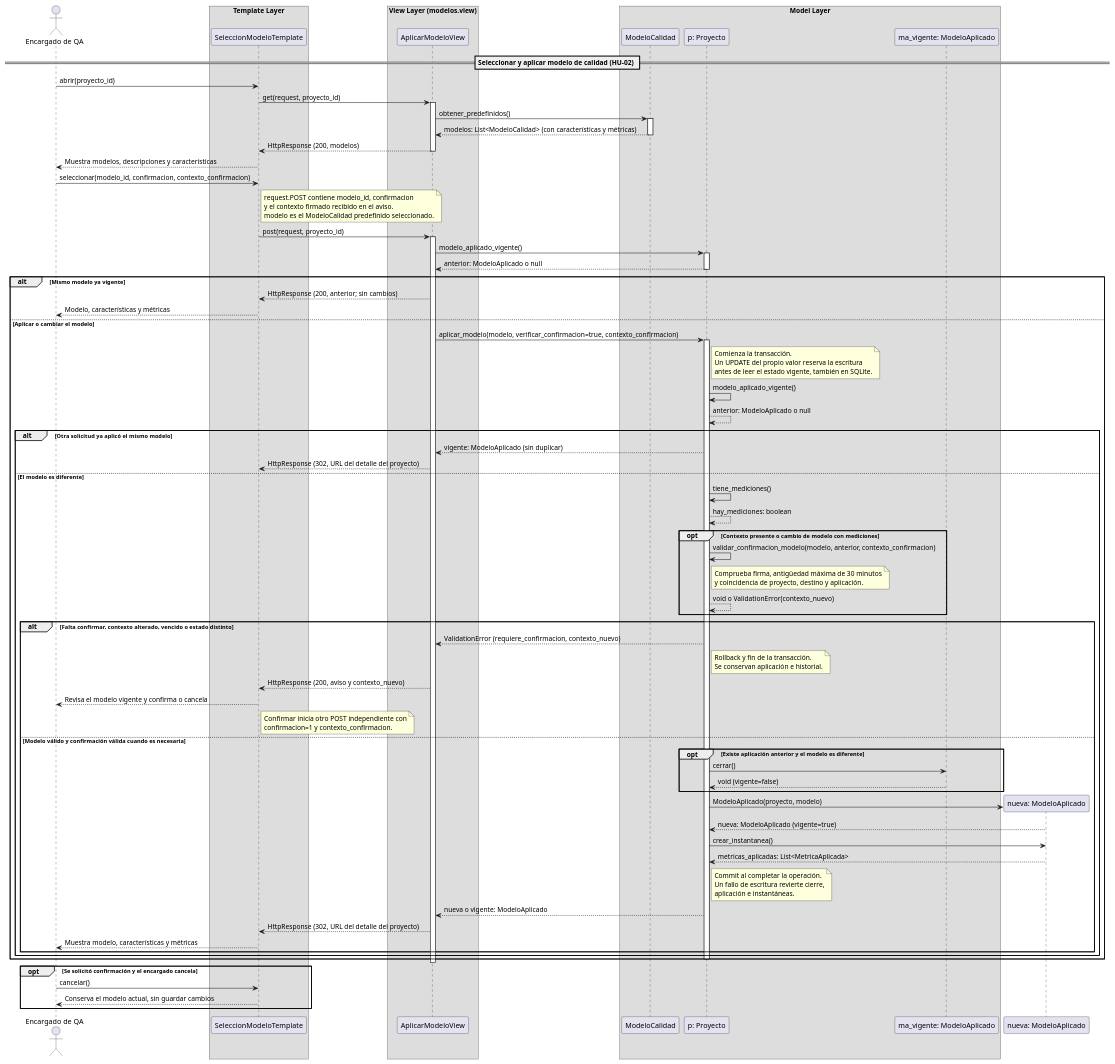
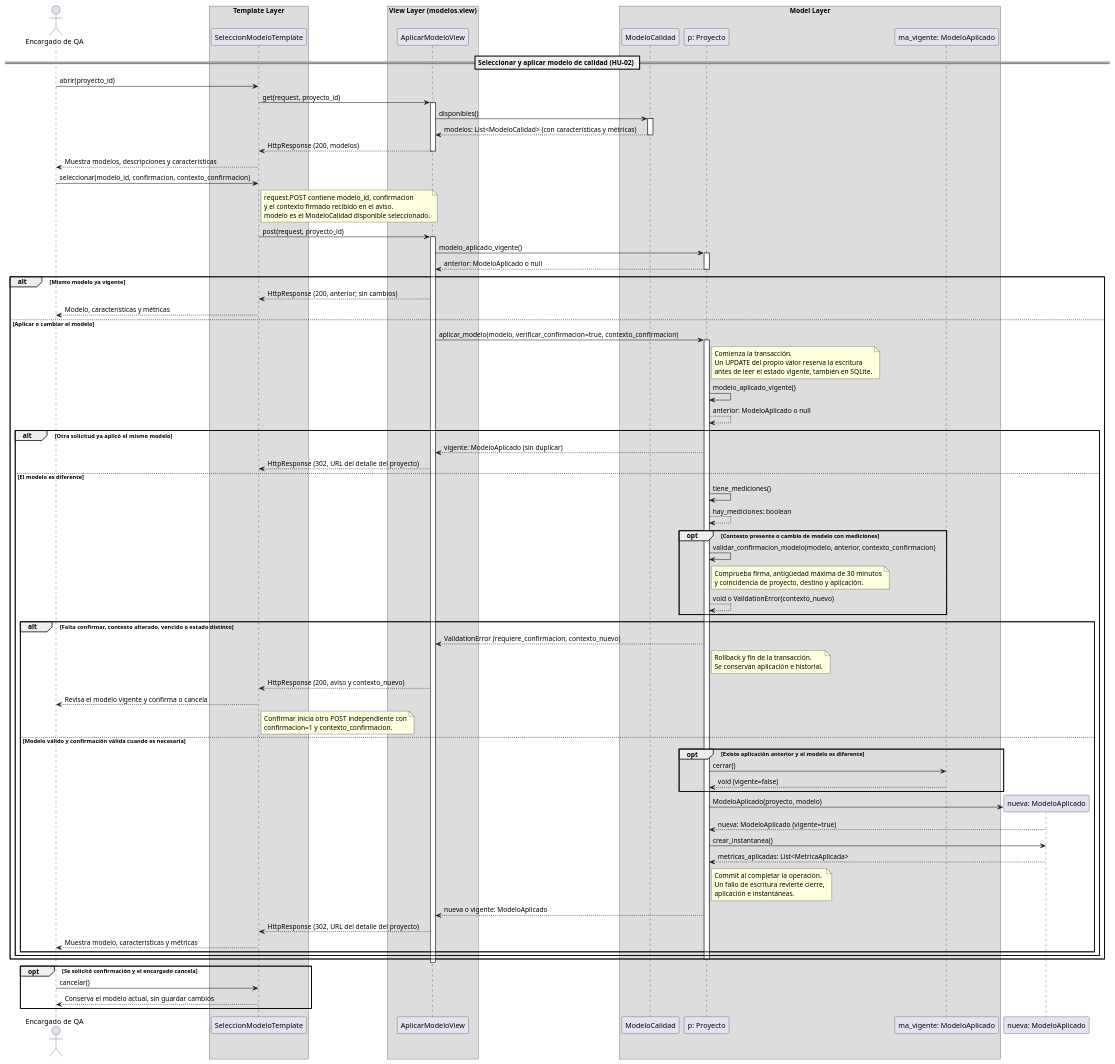
One commit to Josgtg/QA-Admin changed the diagram in diagrams_corregidos/secuencia/hu2_secuencia.puml. Above: the diagram before and after it, drawn with PlantUML. The commit also changed 18 other files, not shown here.

```diff
--- a/diagrams_corregidos/secuencia/hu2_secuencia.puml
+++ b/diagrams_corregidos/secuencia/hu2_secuencia.puml
@@ -1,121 +1,121 @@
 @startuml
 skinparam shadowing false
 skinparam responseMessageBelowArrow true
 
 actor "Encargado de QA" as Encargado
 
 box "Template Layer"
   participant "SeleccionModeloTemplate" as UI
 end box
 
 box "View Layer (modelos.view)"
   participant "AplicarModeloView" as View
 end box
 
 box "Model Layer"
   participant "ModeloCalidad" as Modelo
   participant "p: Proyecto" as Proyecto
   participant "ma_vigente: ModeloAplicado" as AplicacionVigente
 end box
 
 == Seleccionar y aplicar modelo de calidad (HU-02) ==
 
 Encargado -> UI: abrir(proyecto_id)
 UI -> View: get(request, proyecto_id)
 activate View
 
-View -> Modelo: obtener_predefinidos()
+View -> Modelo: disponibles()
 activate Modelo
 Modelo --> View: modelos: List<ModeloCalidad> (con características y métricas)
 deactivate Modelo
 
 View --> UI: HttpResponse (200, modelos)
 deactivate View
 UI --> Encargado: Muestra modelos, descripciones y características
 
 Encargado -> UI: seleccionar(modelo_id, confirmacion, contexto_confirmacion)
 note right of UI
   request.POST contiene modelo_id, confirmacion
   y el contexto firmado recibido en el aviso.
-  modelo es el ModeloCalidad predefinido seleccionado.
+  modelo es el ModeloCalidad disponible seleccionado.
 end note
 UI -> View: post(request, proyecto_id)
 activate View
 
 View -> Proyecto: modelo_aplicado_vigente()
 activate Proyecto
 Proyecto --> View: anterior: ModeloAplicado o null
 deactivate Proyecto
 
 alt Mismo modelo ya vigente
     View --> UI: HttpResponse (200, anterior; sin cambios)
     UI --> Encargado: Modelo, características y métricas
 else Aplicar o cambiar el modelo
     View -> Proyecto: aplicar_modelo(modelo, verificar_confirmacion=true, contexto_confirmacion)
     activate Proyecto
     note right of Proyecto
       Comienza la transacción.
       Un UPDATE del propio valor reserva la escritura
       antes de leer el estado vigente, también en SQLite.
     end note
     Proyecto -> Proyecto: modelo_aplicado_vigente()
     Proyecto --> Proyecto: anterior: ModeloAplicado o null
     alt Otra solicitud ya aplicó el mismo modelo
         Proyecto --> View: vigente: ModeloAplicado (sin duplicar)
         View --> UI: HttpResponse (302, URL del detalle del proyecto)
     else El modelo es diferente
     Proyecto -> Proyecto: tiene_mediciones()
     Proyecto --> Proyecto: hay_mediciones: boolean
 
     opt Contexto presente o cambio de modelo con mediciones
         Proyecto -> Proyecto: validar_confirmacion_modelo(modelo, anterior, contexto_confirmacion)
         note right of Proyecto
           Comprueba firma, antigüedad máxima de 30 minutos
           y coincidencia de proyecto, destino y aplicación.
         end note
         Proyecto --> Proyecto: void o ValidationError(contexto_nuevo)
     end
 
     alt Falta confirmar, contexto alterado, vencido o estado distinto
         Proyecto --> View: ValidationError (requiere_confirmacion, contexto_nuevo)
         note right of Proyecto
           Rollback y fin de la transacción.
           Se conservan aplicación e historial.
         end note
         View --> UI: HttpResponse (200, aviso y contexto_nuevo)
         UI --> Encargado: Revisa el modelo vigente y confirma o cancela
         note right of UI
           Confirmar inicia otro POST independiente con
           confirmacion=1 y contexto_confirmacion.
         end note
     else Modelo válido y confirmación válida cuando es necesaria
         opt Existe aplicación anterior y el modelo es diferente
             Proyecto -> AplicacionVigente: cerrar()
             AplicacionVigente --> Proyecto: void (vigente=false)
         end
         create participant "nueva: ModeloAplicado" as Nueva
         Proyecto -> Nueva: ModeloAplicado(proyecto, modelo)
         Nueva --> Proyecto: nueva: ModeloAplicado (vigente=true)
         Proyecto -> Nueva: crear_instantanea()
         Nueva --> Proyecto: metricas_aplicadas: List<MetricaAplicada>
         note right of Proyecto
           Commit al completar la operación.
           Un fallo de escritura revierte cierre,
           aplicación e instantáneas.
         end note
         Proyecto --> View: nueva o vigente: ModeloAplicado
         View --> UI: HttpResponse (302, URL del detalle del proyecto)
         UI --> Encargado: Muestra modelo, características y métricas
     end
     end
     deactivate Proyecto
 end
 
 deactivate View
 
 opt Se solicitó confirmación y el encargado cancela
     Encargado -> UI: cancelar()
     UI --> Encargado: Conserva el modelo actual, sin guardar cambios
 end
 
 @enduml
```
